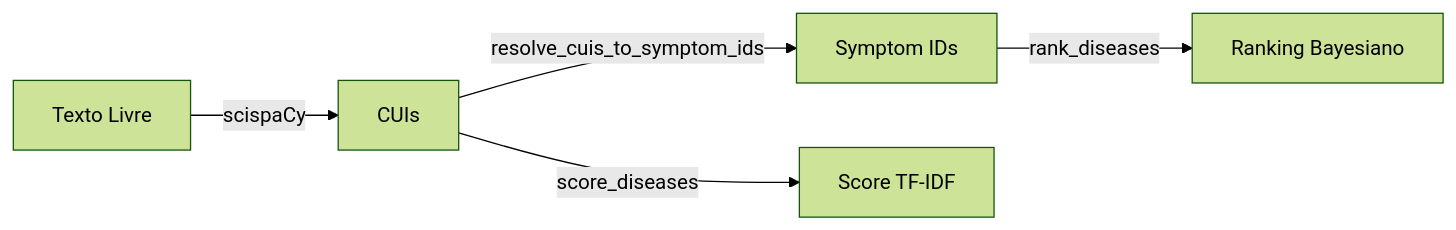
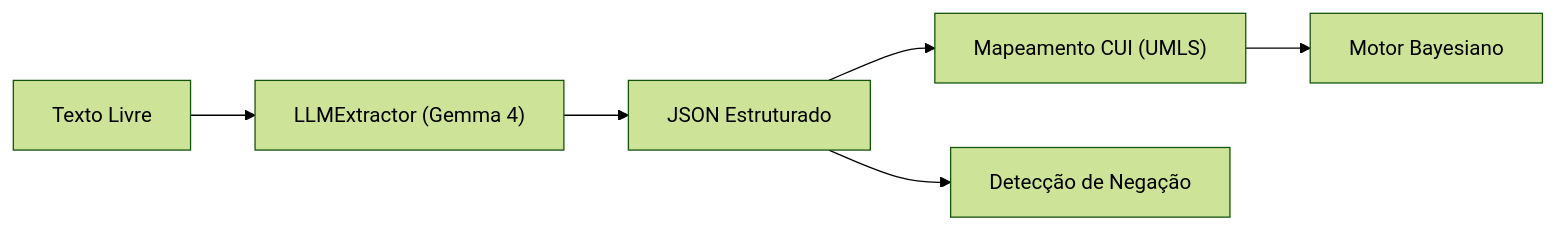
The diagram in brain/03-Motor-Python/06 — NLP com scispaCy.md (Gabrielc476/projeto-medico), drawn with Mermaid (forest theme) before and after one commit. The commit also changed other lines of this file and 17 other files, not shown here.

````diff
--- a/brain/03-Motor-Python/06 — NLP com scispaCy.md
+++ b/brain/03-Motor-Python/06 — NLP com scispaCy.md
@@ -69,7 +21,8 @@
 ```mermaid
 graph LR
-    A["Texto Livre"] -->|scispaCy| B["CUIs"]
-    B -->|resolve_cuis_to_symptom_ids| C["Symptom IDs"]
-    C -->|rank_diseases| D["Ranking Bayesiano"]
-    B -->|score_diseases| E["Score TF-IDF"]
+    A["Texto Livre"] --> B["LLMExtractor (Gemma 4)"]
+    B --> C["JSON Estruturado"]
+    C --> D["Mapeamento CUI (UMLS)"]
+    C --> E["Detecção de Negação"]
+    D --> F["Motor Bayesiano"]
 ```
````
